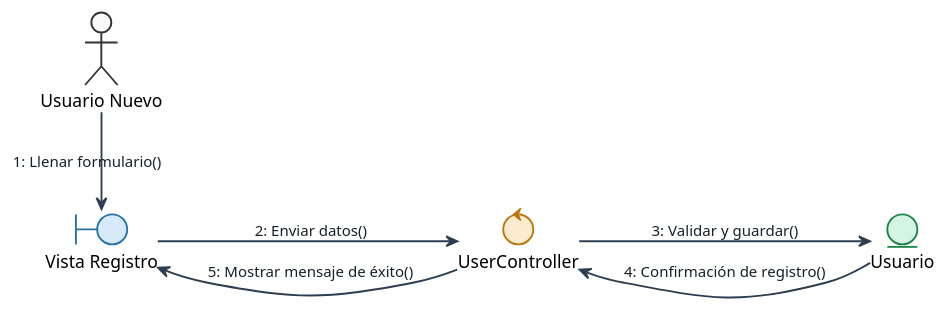
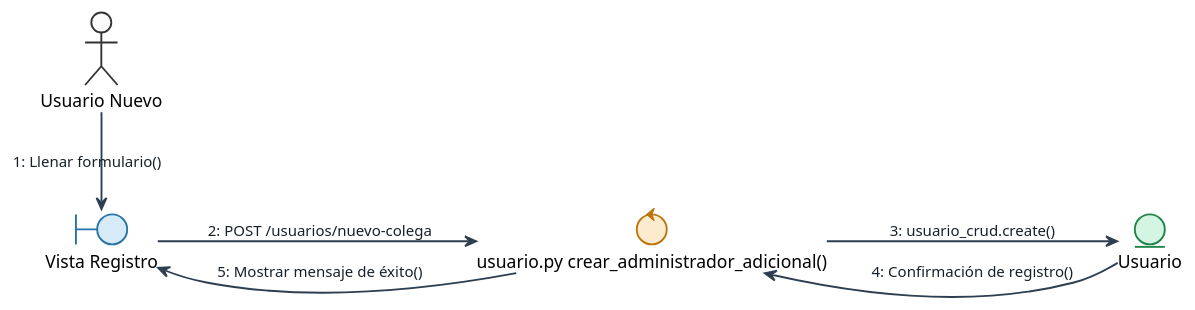
The diagram in uml/arquitectura_sistema/analisis_cu_3.puml (iAngie28/emergencia.vehicular), drawn with PlantUML before and after one commit. The commit also changed 147 other files, not shown here.

```diff
--- a/uml/arquitectura_sistema/analisis_cu_3.puml
+++ b/uml/arquitectura_sistema/analisis_cu_3.puml
@@ -1,48 +1,48 @@
 @startuml
 left to right direction
 
 ' --- Estilo Formal Enterprise Architect ---
 skinparam shadowing false
 skinparam defaultFontName sans-serif
 skinparam nodesep 60
 skinparam ranksep 70
 
 skinparam actor {
     BackgroundColor #FAFAFA
     BorderColor #333333
     BorderThickness 1.5
 }
 skinparam boundary {
     BackgroundColor #D6EAF8
     BorderColor #2874A6
     BorderThickness 1.5
 }
 skinparam control {
     BackgroundColor #FDEBD0
     BorderColor #B9770E
     BorderThickness 1.5
 }
 skinparam entity {
     BackgroundColor #D5F5E3
     BorderColor #1E8449
     BorderThickness 1.5
 }
 skinparam arrow {
     Color #2C3E50
     Thickness 1.5
     FontColor #17202A
     FontSize 12
 }
 ' ------------------------------------------
 
 actor "Usuario Nuevo" as U
 boundary "Vista Registro" as V
-control "UserController" as C
+control "usuario.py crear_administrador_adicional()" as C
 entity "Usuario" as E
 
 U -> V : 1: Llenar formulario()
-V -> C : 2: Enviar datos()
-C -> E : 3: Validar y guardar()
+V -> C : 2: POST /usuarios/nuevo-colega
+C -> E : 3: usuario_crud.create()
 E --> C : 4: Confirmación de registro()
 C --> V : 5: Mostrar mensaje de éxito()
 @enduml
```
